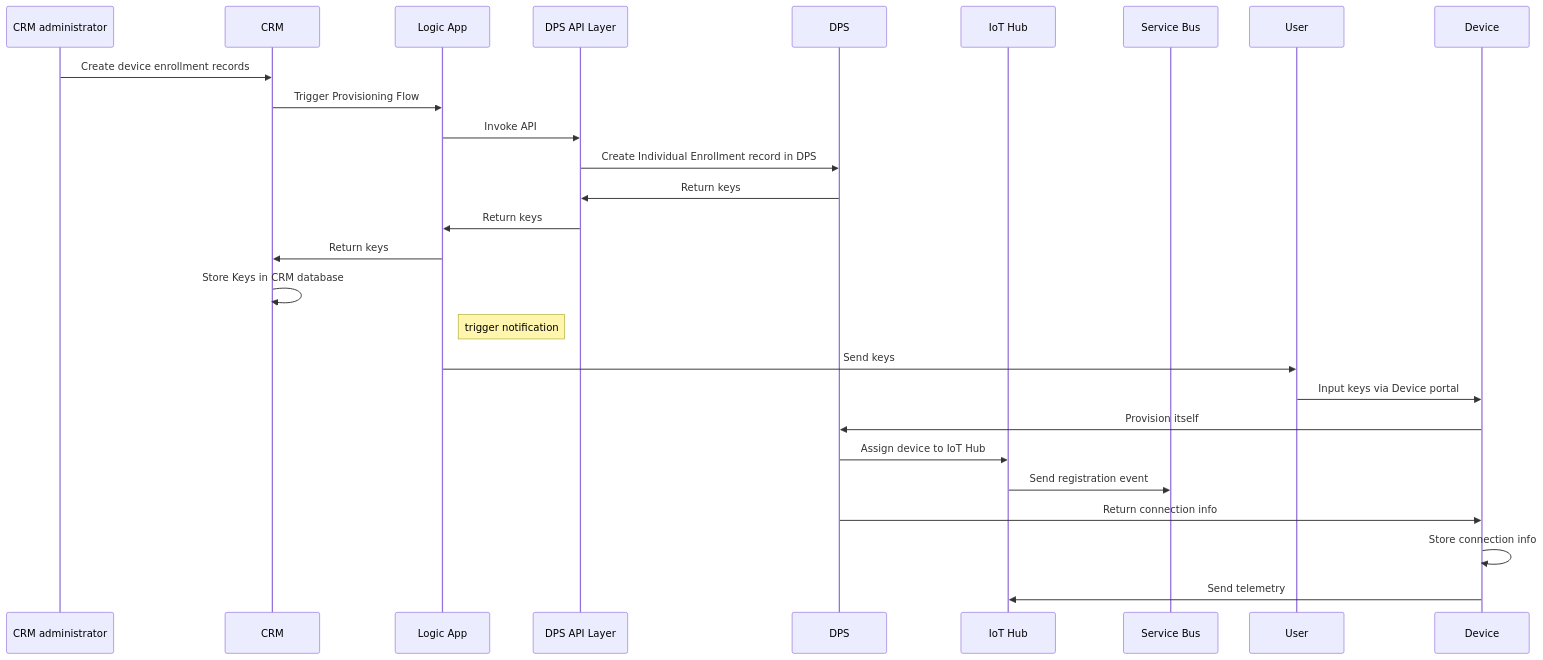
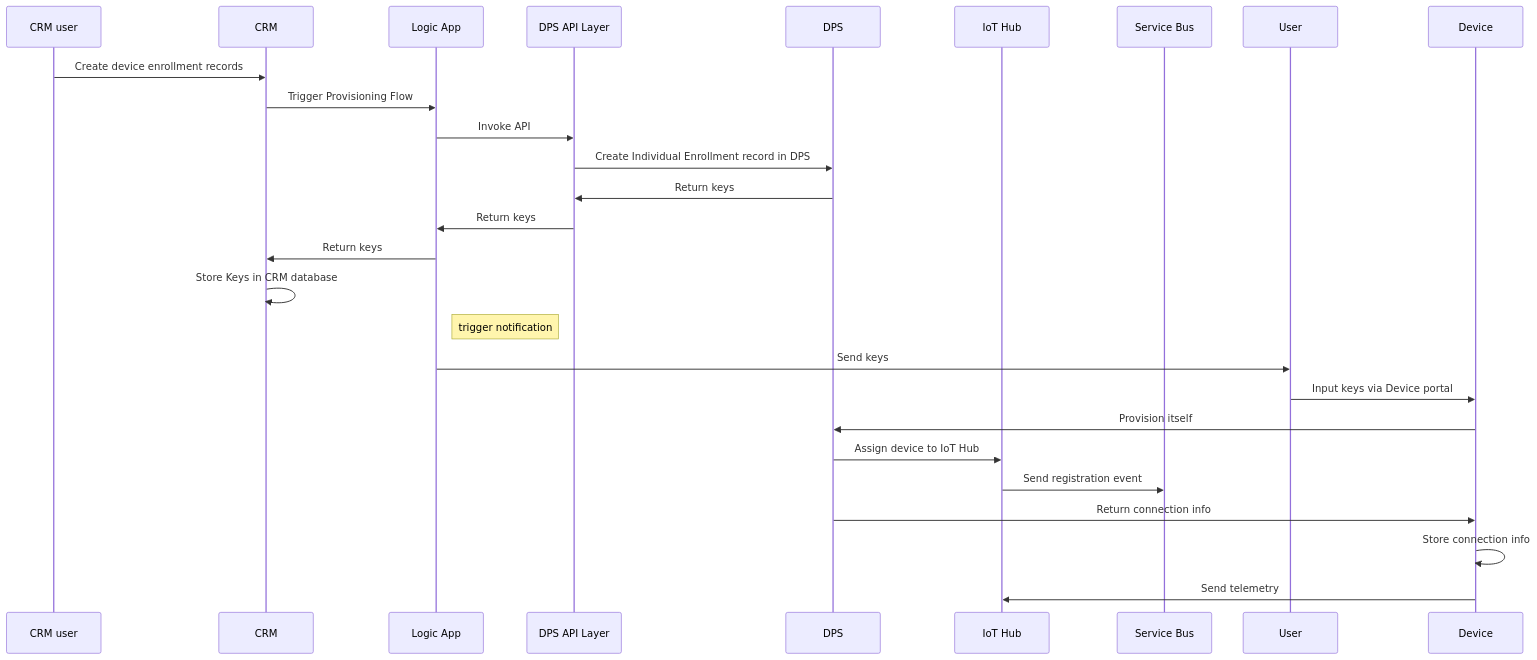
One commit to Microsoft-DXTW/automate-device-provisioning changed the diagram in docs/img/provisioning-flow.md. Above: the diagram before and after it, drawn with Mermaid. The commit also changed 2 other files, not shown here.

Commit message:
update terms

````diff
--- a/docs/img/provisioning-flow.md
+++ b/docs/img/provisioning-flow.md
@@ -3,32 +3,32 @@
 ```mermaid
 sequenceDiagram
-    participant CRM administrator
+    participant CRM user
     participant CRM
     participant Logic App
     participant DPS API Layer
     participant DPS
     participant IoT Hub
     participant Service Bus
 
     participant User
     participant Device
 
-    CRM administrator->>CRM: Create device enrollment records
+    CRM user->>CRM: Create device enrollment records
     CRM ->> Logic App: Trigger Provisioning Flow
     Logic App ->> DPS API Layer: Invoke API
     DPS API Layer ->> DPS: Create Individual Enrollment record in DPS
     DPS ->> DPS API Layer: Return keys
     DPS API Layer ->> Logic App: Return keys
     Logic App ->> CRM: Return keys
     CRM ->> CRM: Store Keys in CRM database
     Note right of Logic App: trigger notification
     Logic App ->> User: Send keys
     
     User ->> Device: Input keys via Device portal
     Device ->> DPS: Provision itself
     DPS ->> IoT Hub: Assign device to IoT Hub
     IoT Hub ->> Service Bus: Send registration event
     DPS ->> Device: Return connection info
     Device ->> Device: Store connection info
     Device ->> IoT Hub: Send telemetry
 ```
````
